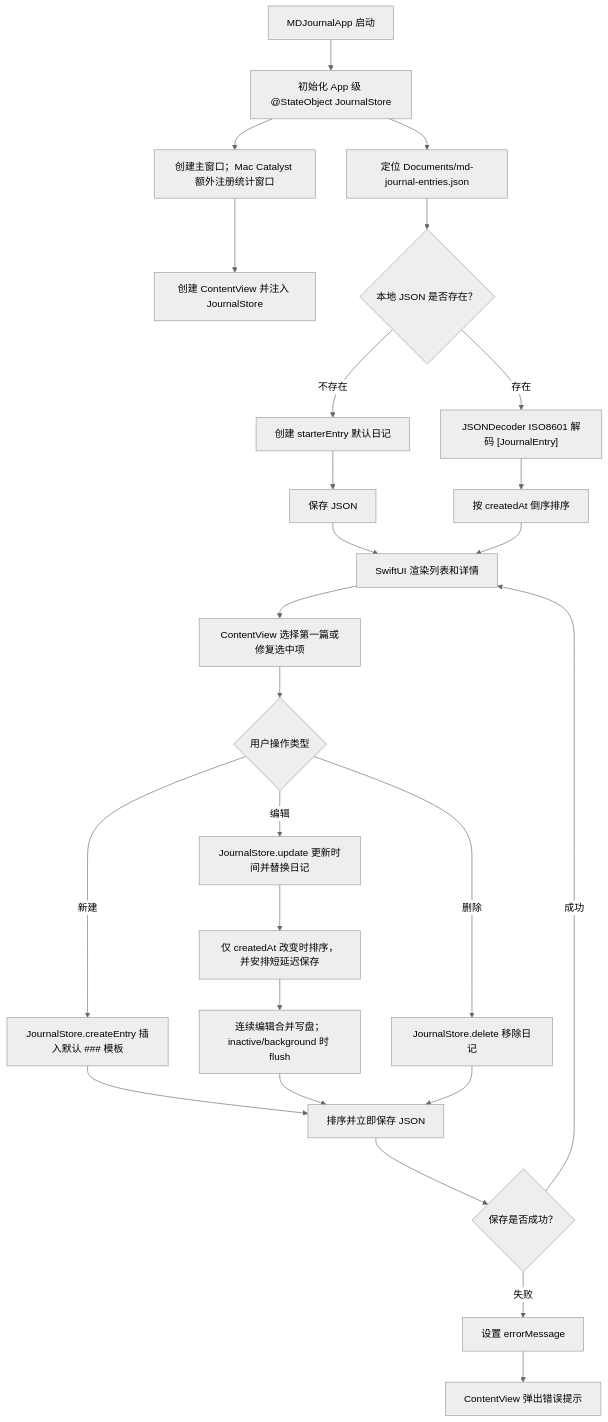
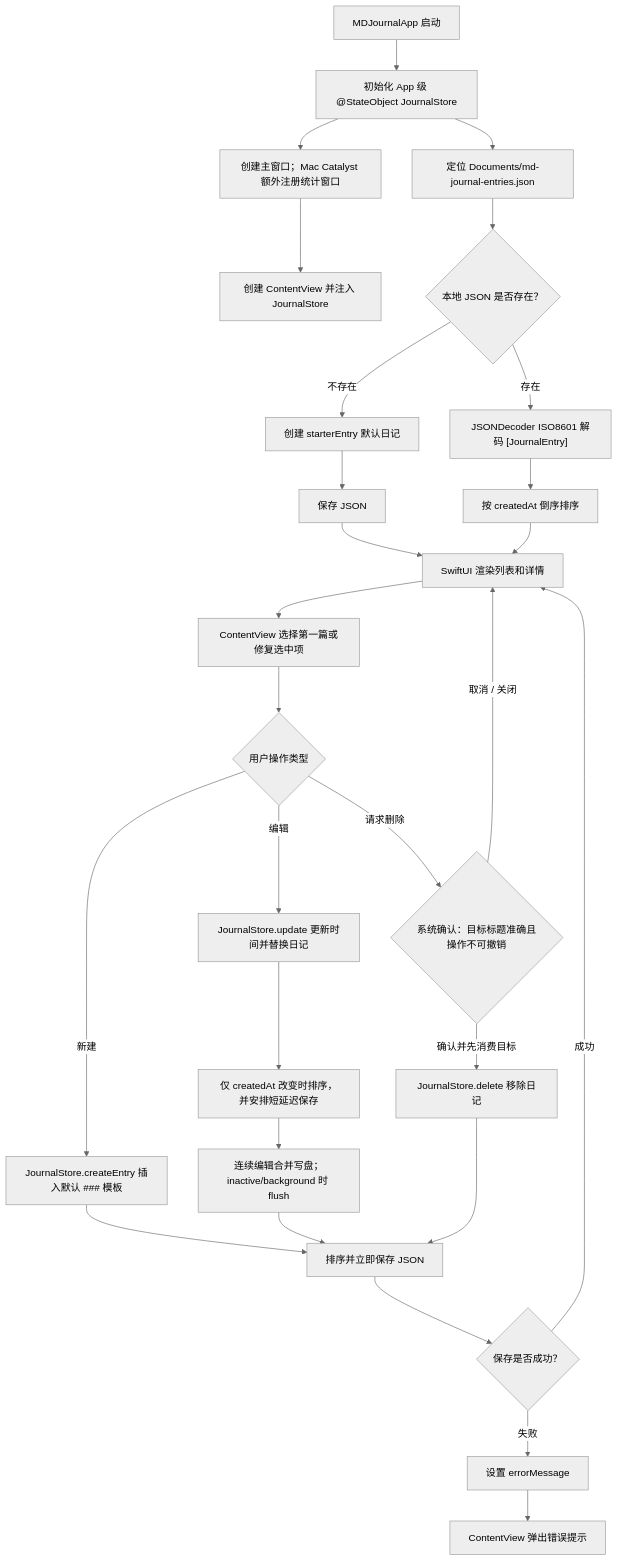
Before and after one commit to Altman-sam114/117: the second of 6 diagrams in md/flow/flowchart.md, drawn with Mermaid (neutral theme). The commit also changed other lines of this file and 8 other files, not shown here.

````diff
--- a/md/flow/flowchart.md
+++ b/md/flow/flowchart.md
@@ -79,28 +84,30 @@
 ```mermaid
 flowchart TD
   App["MDJournalApp 启动"] --> InitStore["初始化 App 级 @StateObject JournalStore"]
   InitStore --> Scenes["创建主窗口；Mac Catalyst 额外注册统计窗口"]
   Scenes --> Content["创建 ContentView 并注入 JournalStore"]
   InitStore --> Locate["定位 Documents/md-journal-entries.json"]
   Locate --> Exists{"本地 JSON 是否存在？"}
   Exists -- "不存在" --> Starter["创建 starterEntry 默认日记"]
   Starter --> SaveA["保存 JSON"]
   Exists -- "存在" --> Decode["JSONDecoder ISO8601 解码 [JournalEntry]"]
   Decode --> SortA["按 createdAt 倒序排序"]
   SaveA --> Render["SwiftUI 渲染列表和详情"]
   SortA --> Render
   Render --> Select["ContentView 选择第一篇或修复选中项"]
   Select --> Edit{"用户操作类型"}
   Edit -- "新建" --> Create["JournalStore.createEntry 插入默认 ### 模板"]
   Edit -- "编辑" --> Update["JournalStore.update 更新时间并替换日记"]
-  Edit -- "删除" --> Delete["JournalStore.delete 移除日记"]
+  Edit -- "请求删除" --> ConfirmDelete{"系统确认：目标标题准确且操作不可撤销"}
+  ConfirmDelete -- "取消 / 关闭" --> Render
+  ConfirmDelete -- "确认并先消费目标" --> Delete["JournalStore.delete 移除日记"]
   Create --> SortSave["排序并立即保存 JSON"]
   Update --> DebouncedSave["仅 createdAt 改变时排序，并安排短延迟保存"]
   DebouncedSave --> Flush["连续编辑合并写盘；inactive/background 时 flush"]
   Flush --> SortSave
   Delete --> SortSave
   SortSave --> OK{"保存是否成功？"}
   OK -- "成功" --> Render
   OK -- "失败" --> SaveError["设置 errorMessage"]
   SaveError --> Alert["ContentView 弹出错误提示"]
 ```
````
